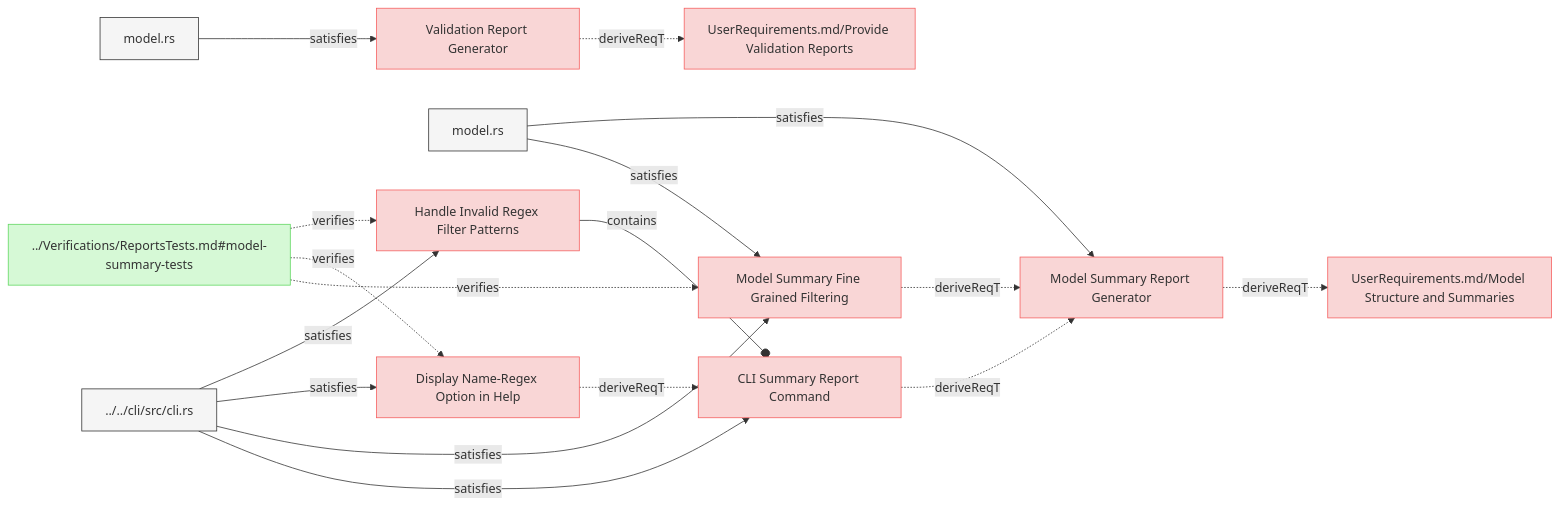
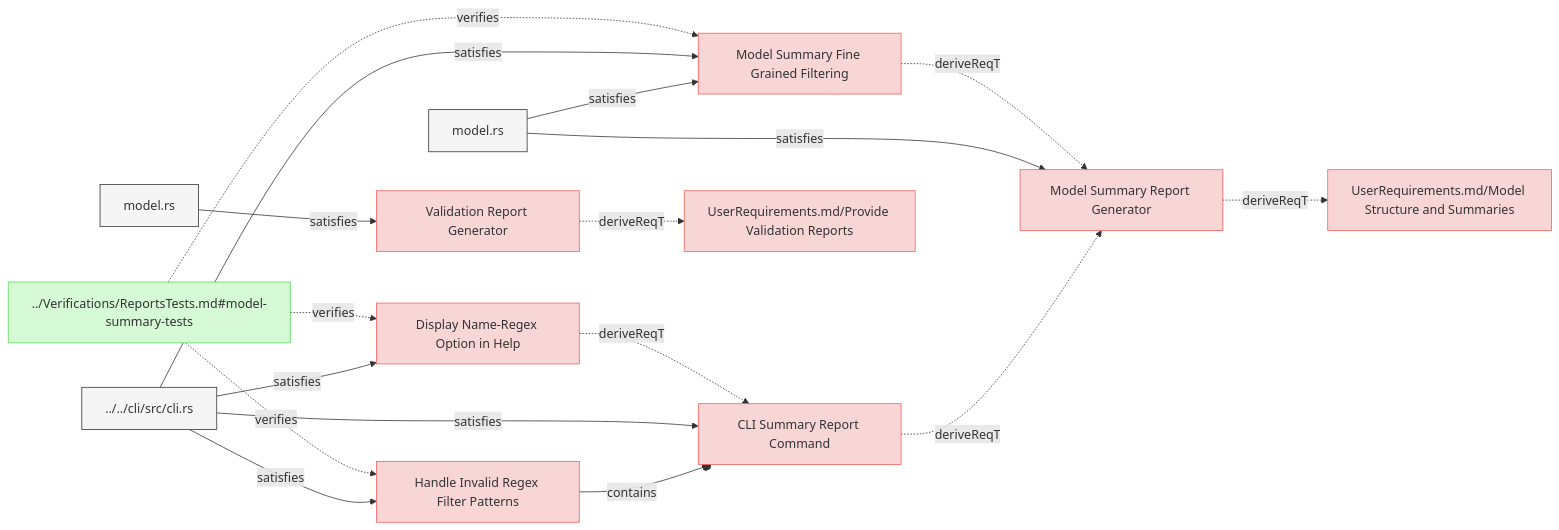
One commit to reqvire-org/reqvire changed the seventh of 7 diagrams in specifications/SystemRequirements/Requirements.md. Above: the diagram before and after it, drawn with Mermaid. The commit also changed other lines of this file and 72 other files, not shown here.

Commit message:
Major rework of the logic in reqvire. It uses git repository root as root folder and everything else is relative to it. External folders and specifications folder concept has been deprecated.

````diff
--- a/specifications/SystemRequirements/Requirements.md
+++ b/specifications/SystemRequirements/Requirements.md
@@ -1058,61 +1030,61 @@
 ```mermaid
 graph LR;
   %% Graph styling
   classDef requirement fill:#f9d6d6,stroke:#f55f5f,stroke-width:1px;
   classDef verification fill:#d6f9d6,stroke:#5fd75f,stroke-width:1px;
   classDef externalLink fill:#d0e0ff,stroke:#3080ff,stroke-width:1px;
   classDef default fill:#f5f5f5,stroke:#333333,stroke-width:1px;
 
   a862f56b69bd5819["Handle Invalid Regex Filter Patterns"];
-  click a862f56b69bd5819 "https://github.com/Reqvire/reqvire/blob/ad88ba6b828e94c93382866fefd058c011c1ac60/specifications/SystemRequirements/Requirements.md#handle-invalid-regex-filter-patterns";
+  click a862f56b69bd5819 "Requirements.md#handle-invalid-regex-filter-patterns";
   class a862f56b69bd5819 requirement;
   2f21d2133dbfd205["../../cli/src/cli.rs"];
   class 2f21d2133dbfd205 default;
-  click 2f21d2133dbfd205 "https://github.com/Reqvire/reqvire/blob/ad88ba6b828e94c93382866fefd058c011c1ac60/cli/src/cli.rs";
+  click 2f21d2133dbfd205 "../../cli/src/cli.rs";
   2f21d2133dbfd205 -->|satisfies| a862f56b69bd5819;
   197dc113759da19b["CLI Summary Report Command"];
   class 197dc113759da19b requirement;
-  click 197dc113759da19b "https://github.com/Reqvire/reqvire/blob/ad88ba6b828e94c93382866fefd058c011c1ac60/specifications/SystemRequirements/Requirements.md#cli-summary-report-command";
+  click 197dc113759da19b "Requirements.md#cli-summary-report-command";
   a862f56b69bd5819 --o|contains| 197dc113759da19b;
   ecd5cbbaddffb824["../Verifications/ReportsTests.md#model-summary-tests"];
   class ecd5cbbaddffb824 verification;
-  click ecd5cbbaddffb824 "https://github.com/Reqvire/reqvire/blob/ad88ba6b828e94c93382866fefd058c011c1ac60/specifications/Verifications/ReportsTests.md#model-summary-tests";
+  click ecd5cbbaddffb824 "../Verifications/ReportsTests.md#model-summary-tests";
   ecd5cbbaddffb824 -.->|verifies| a862f56b69bd5819;
   ce120a0d16cf2475["Model Summary Report Generator"];
-  click ce120a0d16cf2475 "https://github.com/Reqvire/reqvire/blob/ad88ba6b828e94c93382866fefd058c011c1ac60/specifications/SystemRequirements/Requirements.md#model-summary-report-generator";
   class ce120a0d16cf2475 requirement;
+  click ce120a0d16cf2475 "Requirements.md#model-summary-report-generator";
+  197dc113759da19b -.->|deriveReqT| ce120a0d16cf2475;
+  2f21d2133dbfd205 -->|satisfies| 197dc113759da19b;
   40de7485b25294["UserRequirements.md/Model Structure and Summaries"];
   class 40de7485b25294 requirement;
-  click 40de7485b25294 "https://github.com/Reqvire/reqvire/blob/ad88ba6b828e94c93382866fefd058c011c1ac60/specifications/UserRequirements.md#model-structure-and-summaries";
+  click 40de7485b25294 "../UserRequirements.md#model-structure-and-summaries";
   ce120a0d16cf2475 -.->|deriveReqT| 40de7485b25294;
   11a8fc49a87327fe["model.rs"];
   class 11a8fc49a87327fe default;
-  click 11a8fc49a87327fe "https://github.com/Reqvire/reqvire/blob/ad88ba6b828e94c93382866fefd058c011c1ac60/core/src/reports.rs";
+  click 11a8fc49a87327fe "../../core/src/reports.rs";
   11a8fc49a87327fe -->|satisfies| ce120a0d16cf2475;
-  ae7920e4b52a5854["Display Name-Regex Option in Help"];
-  click ae7920e4b52a5854 "https://github.com/Reqvire/reqvire/blob/ad88ba6b828e94c93382866fefd058c011c1ac60/specifications/SystemRequirements/Requirements.md#display-name-regex-option-in-help";
-  class ae7920e4b52a5854 requirement;
-  2f21d2133dbfd205 -->|satisfies| ae7920e4b52a5854;
-  ae7920e4b52a5854 -.->|deriveReqT| 197dc113759da19b;
-  ecd5cbbaddffb824 -.->|verifies| ae7920e4b52a5854;
   90e16b61e174ace5["Model Summary Fine Grained Filtering"];
-  click 90e16b61e174ace5 "https://github.com/Reqvire/reqvire/blob/ad88ba6b828e94c93382866fefd058c011c1ac60/specifications/SystemRequirements/Requirements.md#model-summary-fine-grained-filtering";
+  click 90e16b61e174ace5 "Requirements.md#model-summary-fine-grained-filtering";
   class 90e16b61e174ace5 requirement;
   11a8fc49a87327fe -->|satisfies| 90e16b61e174ace5;
   2f21d2133dbfd205 -->|satisfies| 90e16b61e174ace5;
   90e16b61e174ace5 -.->|deriveReqT| ce120a0d16cf2475;
   ecd5cbbaddffb824 -.->|verifies| 90e16b61e174ace5;
-  197dc113759da19b -.->|deriveReqT| ce120a0d16cf2475;
-  2f21d2133dbfd205 -->|satisfies| 197dc113759da19b;
+  ae7920e4b52a5854["Display Name-Regex Option in Help"];
+  click ae7920e4b52a5854 "Requirements.md#display-name-regex-option-in-help";
+  class ae7920e4b52a5854 requirement;
+  2f21d2133dbfd205 -->|satisfies| ae7920e4b52a5854;
+  ae7920e4b52a5854 -.->|deriveReqT| 197dc113759da19b;
+  ecd5cbbaddffb824 -.->|verifies| ae7920e4b52a5854;
   d376638ec1fbd6e9["Validation Report Generator"];
-  click d376638ec1fbd6e9 "https://github.com/Reqvire/reqvire/blob/ad88ba6b828e94c93382866fefd058c011c1ac60/specifications/SystemRequirements/Requirements.md#validation-report-generator";
+  click d376638ec1fbd6e9 "Requirements.md#validation-report-generator";
   class d376638ec1fbd6e9 requirement;
   2d3cfde19fc6bb79["UserRequirements.md/Provide Validation Reports"];
   class 2d3cfde19fc6bb79 requirement;
-  click 2d3cfde19fc6bb79 "https://github.com/Reqvire/reqvire/blob/ad88ba6b828e94c93382866fefd058c011c1ac60/specifications/UserRequirements.md#provide-validation-reports";
+  click 2d3cfde19fc6bb79 "../UserRequirements.md#provide-validation-reports";
   d376638ec1fbd6e9 -.->|deriveReqT| 2d3cfde19fc6bb79;
   36fd2b1e82621caf["model.rs"];
   class 36fd2b1e82621caf default;
-  click 36fd2b1e82621caf "https://github.com/Reqvire/reqvire/blob/ad88ba6b828e94c93382866fefd058c011c1ac60/core/src/model.rs";
+  click 36fd2b1e82621caf "../../core/src/model.rs";
   36fd2b1e82621caf -->|satisfies| d376638ec1fbd6e9;
 ```
````
